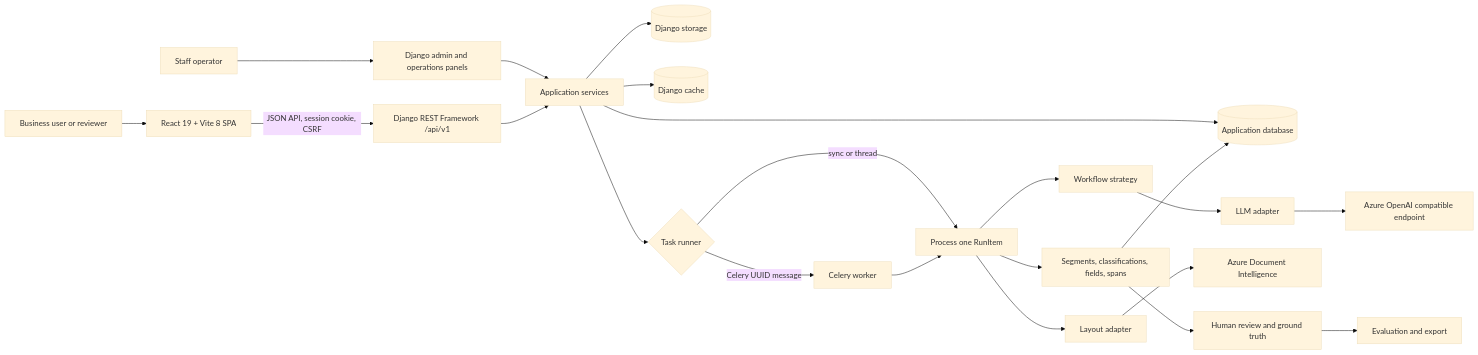
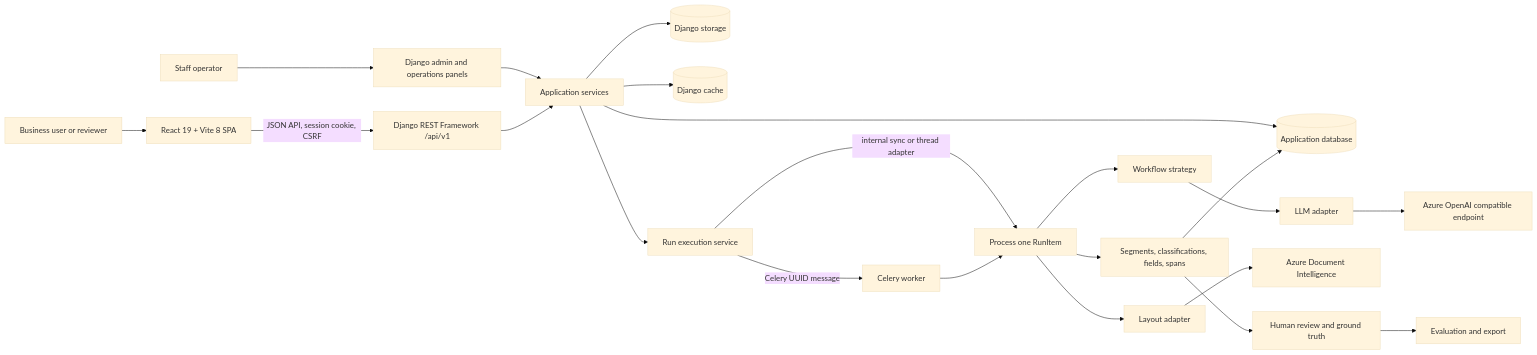
Before and after one commit to hugeifixed/Document.AI: the diagram in ARCHITECTURE.md, drawn with Mermaid (base theme). The commit also changed other lines of this file and 24 other files, not shown here.

````diff
--- a/ARCHITECTURE.md
+++ b/ARCHITECTURE.md
@@ -41,29 +42,29 @@
 ```mermaid
 flowchart LR
     User[Business user or reviewer] --> SPA[React 19 + Vite 8 SPA]
     Staff[Staff operator] --> Admin[Django admin and operations panels]
 
     SPA -->|JSON API, session cookie, CSRF| API[Django REST Framework /api/v1]
     Admin --> Services[Application services]
     API --> Services
 
     Services --> DB[(Application database)]
     Services --> Storage[(Django storage)]
     Services --> Cache[(Django cache)]
-    Services --> Runner{Task runner}
+    Services --> Execution[Run execution service]
 
-    Runner -->|sync or thread| Item[Process one RunItem]
-    Runner -->|Celery UUID message| Worker[Celery worker]
+    Execution -->|internal sync or thread adapter| Item[Process one RunItem]
+    Execution -->|Celery UUID message| Worker[Celery worker]
     Worker --> Item
 
     Item --> Layout[Layout adapter]
     Item --> Workflow[Workflow strategy]
     Workflow --> LLM[LLM adapter]
     Layout --> DI[Azure Document Intelligence]
     LLM --> AOAI[Azure OpenAI compatible endpoint]
 
     Item --> Results[Segments, classifications, fields, spans]
     Results --> DB
     Results --> Review[Human review and ground truth]
     Review --> Evaluation[Evaluation and export]
 ```
````
